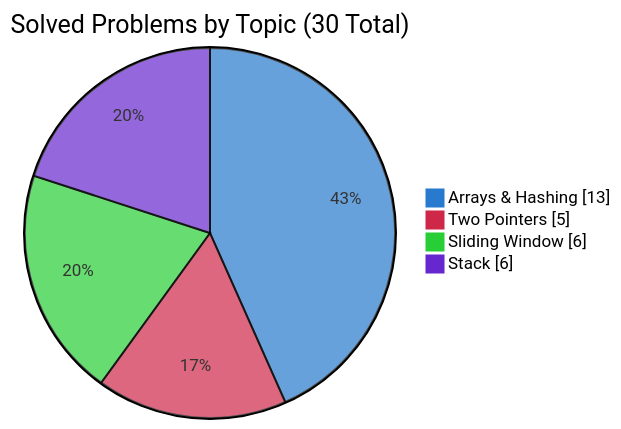
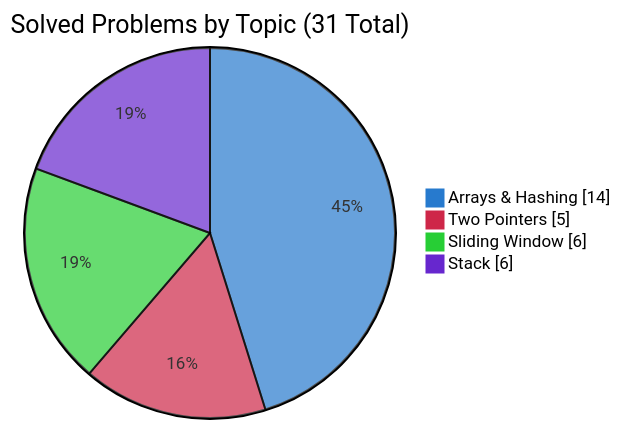
The second of 3 diagrams in README.md (simonesiega/leetcode-solutions), drawn with Mermaid before and after one commit. The commit also changed other lines of this file and 3 other files, not shown here.

````diff
--- a/README.md
+++ b/README.md
@@ -78,9 +78,9 @@
 ```mermaid
 %%{init: {"themeVariables":{"pie1":"#277ace","pie2":"#ce2748","pie3":"#27ce35","pie4":"#6727ce"},"themeCSS":".pieCircle:nth-of-type(1){fill:#277ace!important}.legend:nth-of-type(2) rect{fill:#277ace!important;stroke:#277ace!important}.pieCircle:nth-of-type(2){fill:#ce2748!important}.legend:nth-of-type(3) rect{fill:#ce2748!important;stroke:#ce2748!important}.pieCircle:nth-of-type(3){fill:#27ce35!important}.legend:nth-of-type(4) rect{fill:#27ce35!important;stroke:#27ce35!important}.pieCircle:nth-of-type(4){fill:#6727ce!important}.legend:nth-of-type(5) rect{fill:#6727ce!important;stroke:#6727ce!important}"}}%%
 pie showData
-    title Solved Problems by Topic (30 Total)
-    "Arrays & Hashing" : 13
+    title Solved Problems by Topic (31 Total)
+    "Arrays & Hashing" : 14
     "Two Pointers" : 5
     "Sliding Window" : 6
     "Stack" : 6
 ```
````
